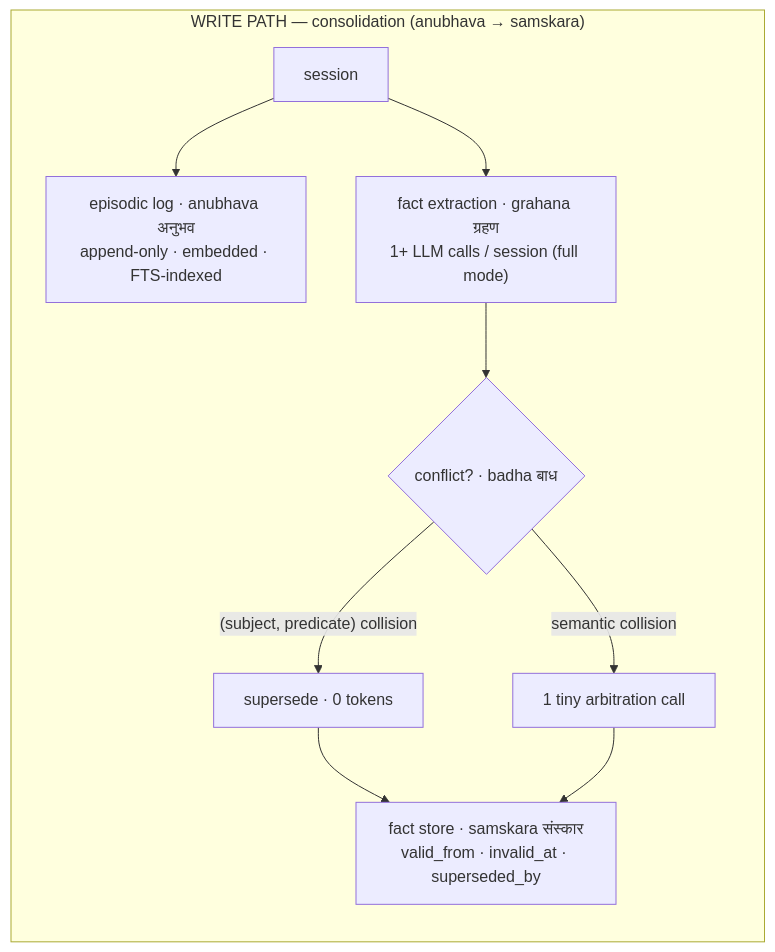
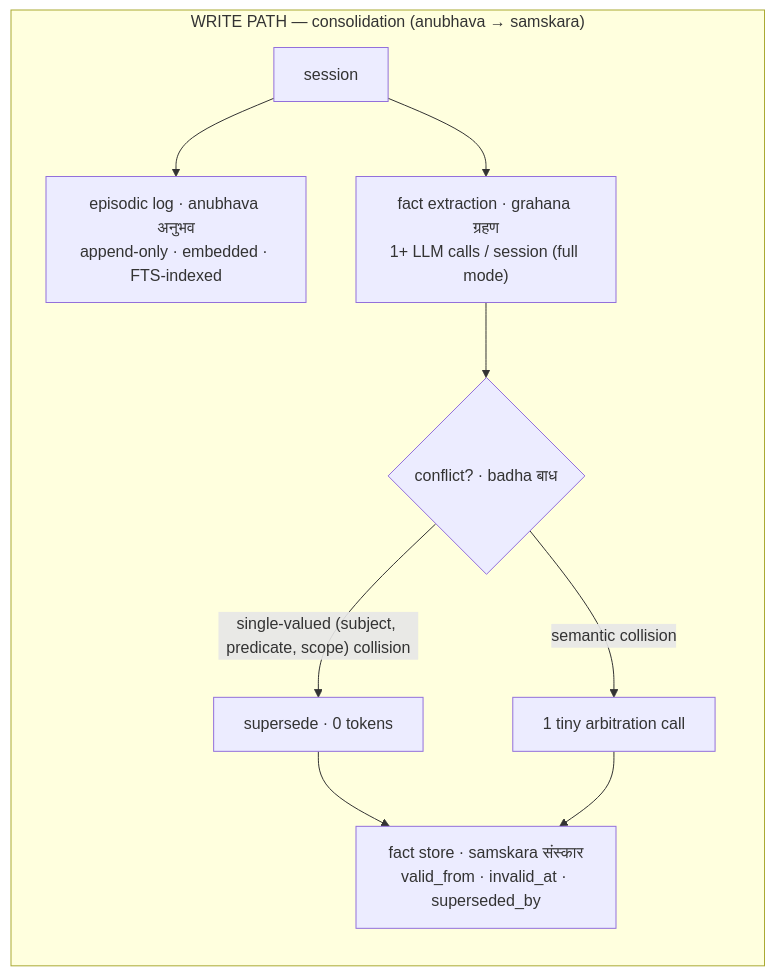
The first of 2 diagrams in README.md (vn-envy/Smriti), drawn with Mermaid before and after one commit. The commit also changed other lines of this file and 4 other files, not shown here.

````diff
--- a/README.md
+++ b/README.md
@@ -89,12 +138,12 @@
 ```mermaid
 flowchart LR
     subgraph WRITE ["WRITE PATH — consolidation (anubhava → samskara)"]
         S[session] --> E["episodic log · anubhava अनुभव<br/>append-only · embedded · FTS-indexed"]
         S --> X["fact extraction · grahana ग्रहण<br/>1+ LLM calls / session (full mode)"]
         X --> B{"conflict? · badha बाध"}
-        B -->|"(subject, predicate) collision"| SUP["supersede · 0 tokens"]
+        B -->|"single-valued (subject, predicate, scope) collision"| SUP["supersede · 0 tokens"]
         B -->|semantic collision| ARB["1 tiny arbitration call"]
         SUP --> F["fact store · samskara संस्कार<br/>valid_from · invalid_at · superseded_by"]
         ARB --> F
     end
 ```
````
